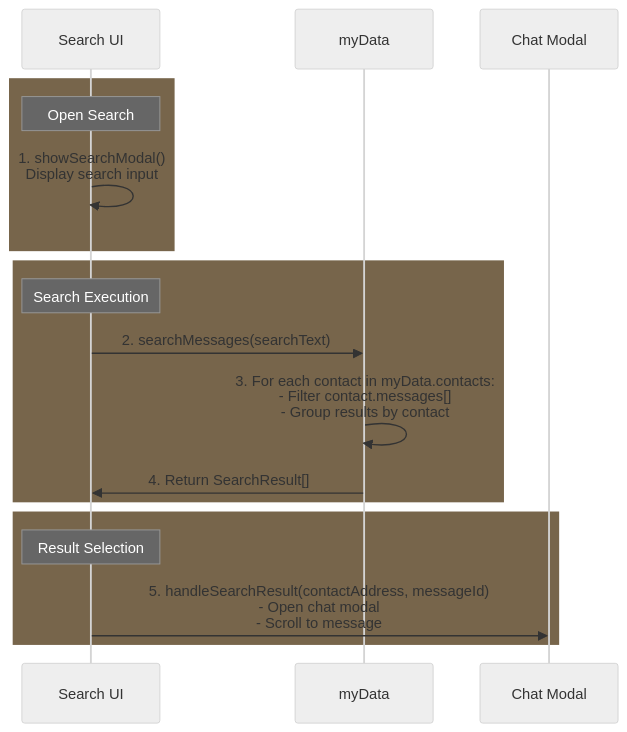
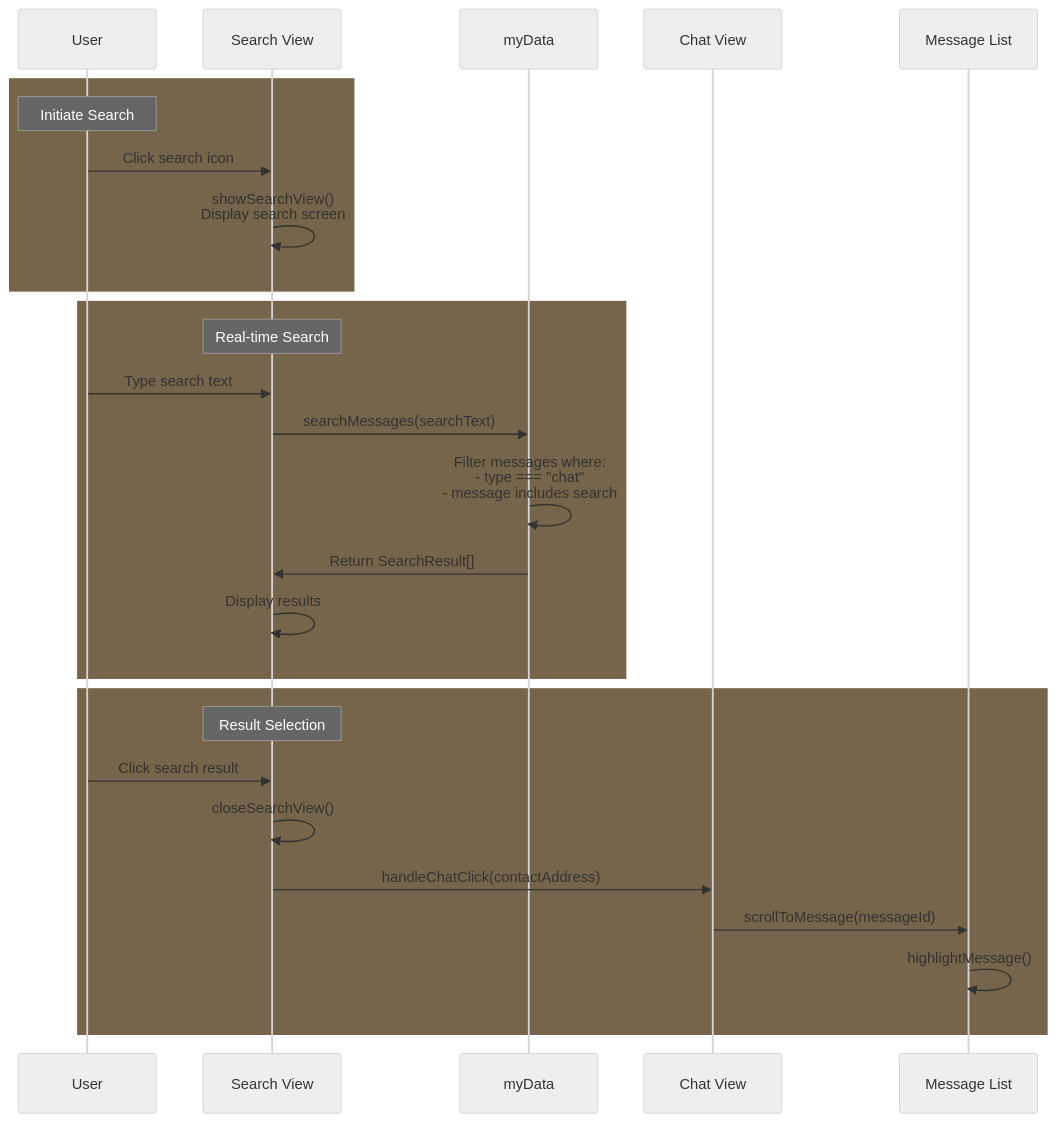
One commit to silver83p/web-client-v2 changed the diagram in data_structures_flow/chat-search-flow.md. Above: the diagram before and after it, drawn with Mermaid (neutral theme). The commit also changed other lines of this file, not shown here.

First line of the commit message:
Enhance chat search with advanced features and UX improvements

````diff
--- a/data_structures_flow/chat-search-flow.md
+++ b/data_structures_flow/chat-search-flow.md
@@ -17,23 +17,32 @@
 ```mermaid
 sequenceDiagram
-    participant UI as Search UI
+    participant User
+    participant Search as Search View
     participant Data as myData
-    participant Chat as Chat Modal
+    participant Chat as Chat View
+    participant Message as Message List
 
     rect rgb(119, 101, 75)
-        Note over UI: Open Search
-        UI->>UI: 1. showSearchModal()<br/>Display search input
+        Note over User: Initiate Search
+        User->>Search: Click search icon
+        Search->>Search: showSearchView()<br/>Display search screen
     end
 
     rect rgb(119, 101, 75)
-        Note over UI: Search Execution
-        UI->>Data: 2. searchMessages(searchText)
-        Data->>Data: 3. For each contact in myData.contacts:<br/>- Filter contact.messages[]<br/>- Group results by contact
-        Data->>UI: 4. Return SearchResult[]
+        Note over Search: Real-time Search
+        User->>Search: Type search text
+        Search->>Data: searchMessages(searchText)
+        Data->>Data: Filter messages where:<br/>- type === "chat"<br/>- message includes search
+        Data->>Search: Return SearchResult[]
+        Search->>Search: Display results
     end
 
     rect rgb(119, 101, 75)
-        Note over UI: Result Selection
-        UI->>Chat: 5. handleSearchResult(contactAddress, messageId)<br/>- Open chat modal<br/>- Scroll to message
+        Note over Search: Result Selection
+        User->>Search: Click search result
+        Search->>Search: closeSearchView()
+        Search->>Chat: handleChatClick(contactAddress)
+        Chat->>Message: scrollToMessage(messageId)
+        Message->>Message: highlightMessage()
     end
 ```
````
